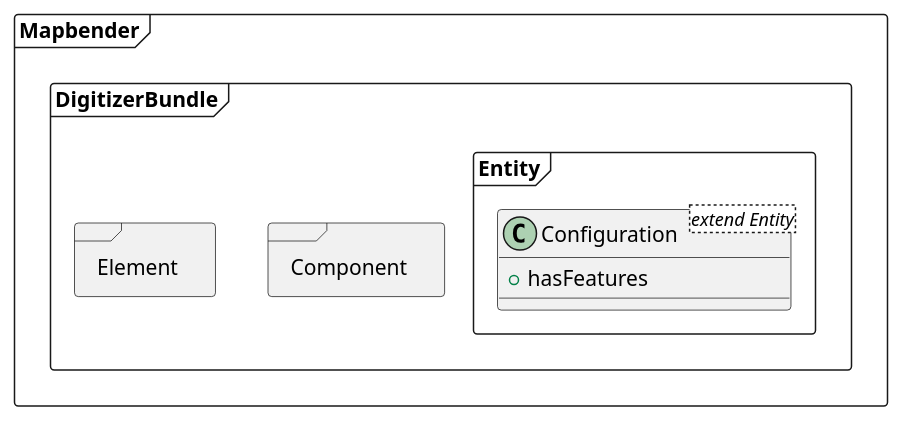
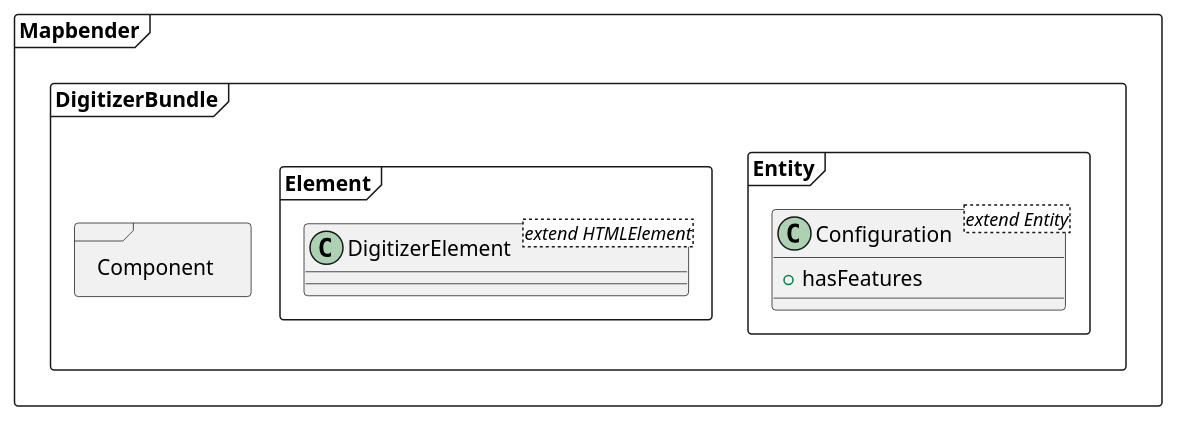
Before and after one commit to mapbender/search: the diagram in Documents/Digitizer/Digitizer.puml, drawn with PlantUML. The commit also changed 4 other files, not shown here.

```diff
--- a/Documents/Digitizer/Digitizer.puml
+++ b/Documents/Digitizer/Digitizer.puml
@@ -1,18 +1,20 @@
 @startuml
 
 package Mapbender <<Frame>> {
   package DigitizerBundle <<Frame>> {
     package Entity <<Frame>> {
-        class Configuration <extend Entity> {
-           + hasFeatures
-        }
+      class Configuration <extend Entity> {
+         + hasFeatures
+      }
     }
     package Component <<Frame>> {
     }
     package Element <<Frame>> {
+      class DigitizerElement <extend HTMLElement> {
+      }
     }
   }
 
 }
 
 @enduml
```
